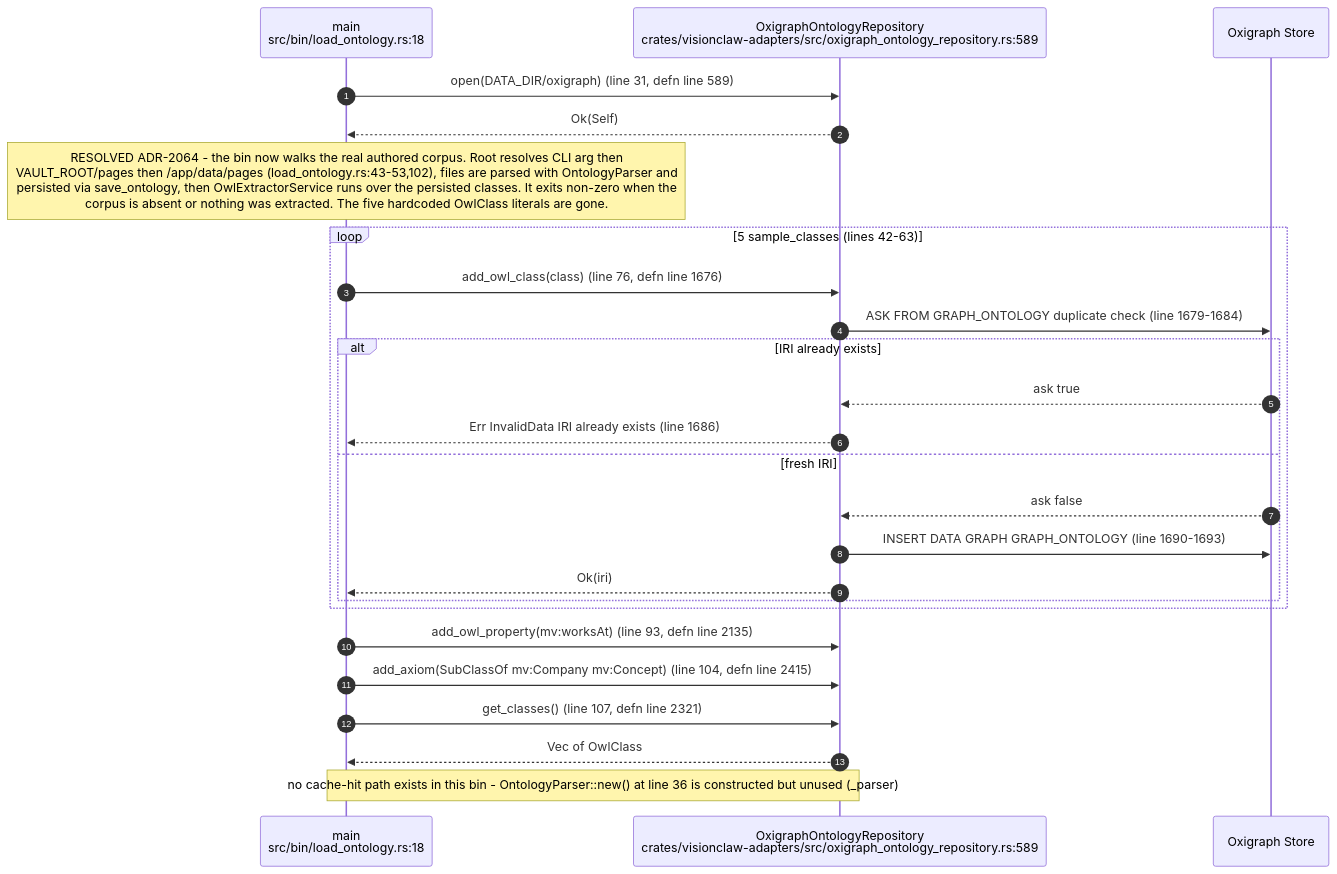
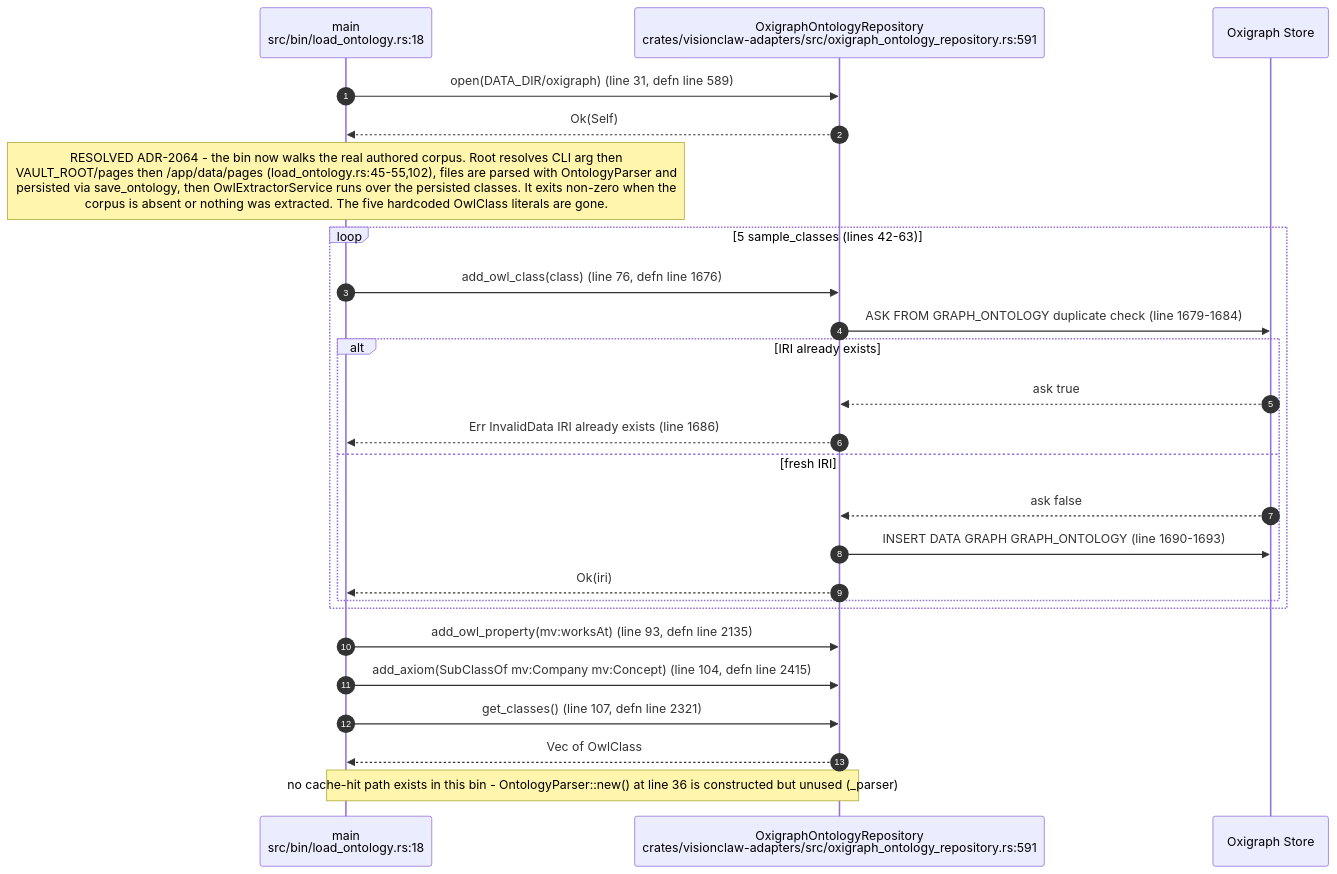
One commit to DreamLab-AI/AR-AI-Knowledge-Graph changed the first of 12 diagrams in docs/diagrams/visionclaw/20-ontology-pipeline-oxigraph-whelk.md. Above: the diagram before and after it, drawn with Mermaid. The commit also changed other lines of this file and 73 other files, not shown here.

First line of the commit message:
docs(diagrams): re-verify all 71 topic files against HEAD; add --cite-check

````diff
--- a/docs/diagrams/visionclaw/20-ontology-pipeline-oxigraph-whelk.md
+++ b/docs/diagrams/visionclaw/20-ontology-pipeline-oxigraph-whelk.md
@@ -44,28 +44,28 @@
 ```mermaid
 sequenceDiagram
     autonumber
     participant Bin as main<br/>src/bin/load_ontology.rs:18
-    participant Repo as OxigraphOntologyRepository<br/>crates/visionclaw-adapters/src/oxigraph_ontology_repository.rs:589
+    participant Repo as OxigraphOntologyRepository<br/>crates/visionclaw-adapters/src/oxigraph_ontology_repository.rs:591
     participant Store as Oxigraph Store
 
     Bin->>Repo: open(DATA_DIR/oxigraph) (line 31, defn line 589)
     Repo-->>Bin: Ok(Self)
-    Note over Bin: RESOLVED ADR-2064 - the bin now walks the real authored corpus. Root resolves CLI arg then<br/>VAULT_ROOT/pages then /app/data/pages (load_ontology.rs:43-53,102), files are parsed with OntologyParser and<br/>persisted via save_ontology, then OwlExtractorService runs over the persisted classes. It exits non-zero when the<br/>corpus is absent or nothing was extracted. The five hardcoded OwlClass literals are gone.
+    Note over Bin: RESOLVED ADR-2064 - the bin now walks the real authored corpus. Root resolves CLI arg then<br/>VAULT_ROOT/pages then /app/data/pages (load_ontology.rs:45-55,102), files are parsed with OntologyParser and<br/>persisted via save_ontology, then OwlExtractorService runs over the persisted classes. It exits non-zero when the<br/>corpus is absent or nothing was extracted. The five hardcoded OwlClass literals are gone.
     loop 5 sample_classes (lines 42-63)
         Bin->>Repo: add_owl_class(class) (line 76, defn line 1676)
         Repo->>Store: ASK FROM GRAPH_ONTOLOGY duplicate check (line 1679-1684)
         alt IRI already exists
             Store-->>Repo: ask true
             Repo-->>Bin: Err InvalidData IRI already exists (line 1686)
         else fresh IRI
             Store-->>Repo: ask false
             Repo->>Store: INSERT DATA GRAPH GRAPH_ONTOLOGY (line 1690-1693)
             Repo-->>Bin: Ok(iri)
         end
     end
     Bin->>Repo: add_owl_property(mv:worksAt) (line 93, defn line 2135)
     Bin->>Repo: add_axiom(SubClassOf mv:Company mv:Concept) (line 104, defn line 2415)
     Bin->>Repo: get_classes() (line 107, defn line 2321)
     Repo-->>Bin: Vec of OwlClass
     Note over Bin,Repo: no cache-hit path exists in this bin - OntologyParser::new() at line 36 is constructed but unused (_parser)
 ```
````
